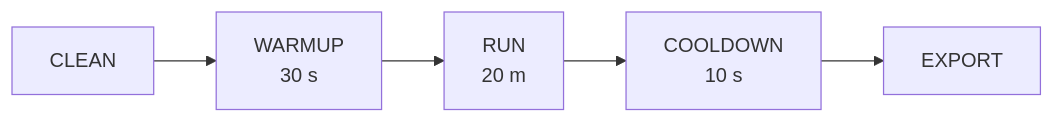
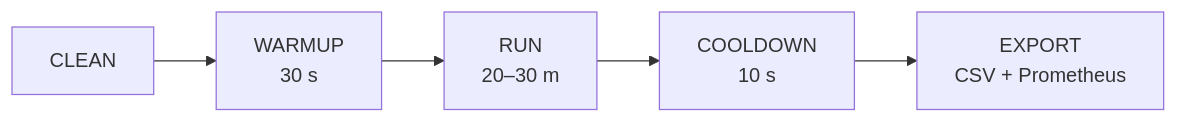
One commit to JohanCifuentes03/data-ingestion-strategies changed the diagram in docs/experiment_protocol.md. Above: the diagram before and after it, drawn with Mermaid. The commit also changed other lines of this file and 25 other files, not shown here.

````diff
--- a/docs/experiment_protocol.md
+++ b/docs/experiment_protocol.md
@@ -42,7 +44,7 @@
 ```mermaid
 graph LR
     A[CLEAN] --> B[WARMUP<br/>30 s]
-    B --> C[RUN<br/>20 m]
+    B --> C[RUN<br/>20–30 m]
     C --> D[COOLDOWN<br/>10 s]
-    D --> E[EXPORT]
+    D --> E[EXPORT<br/>CSV + Prometheus]
 ```
````
